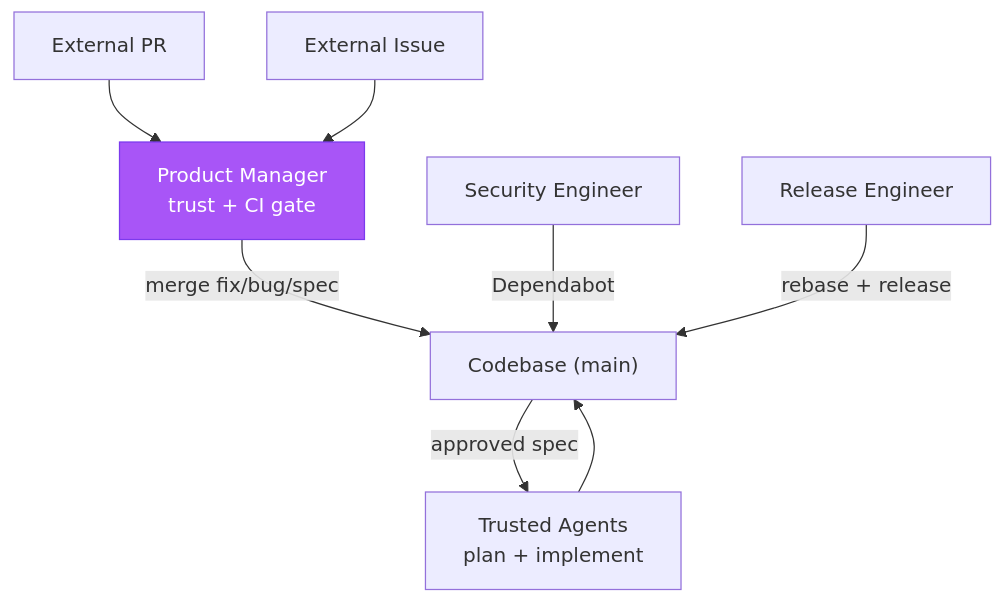
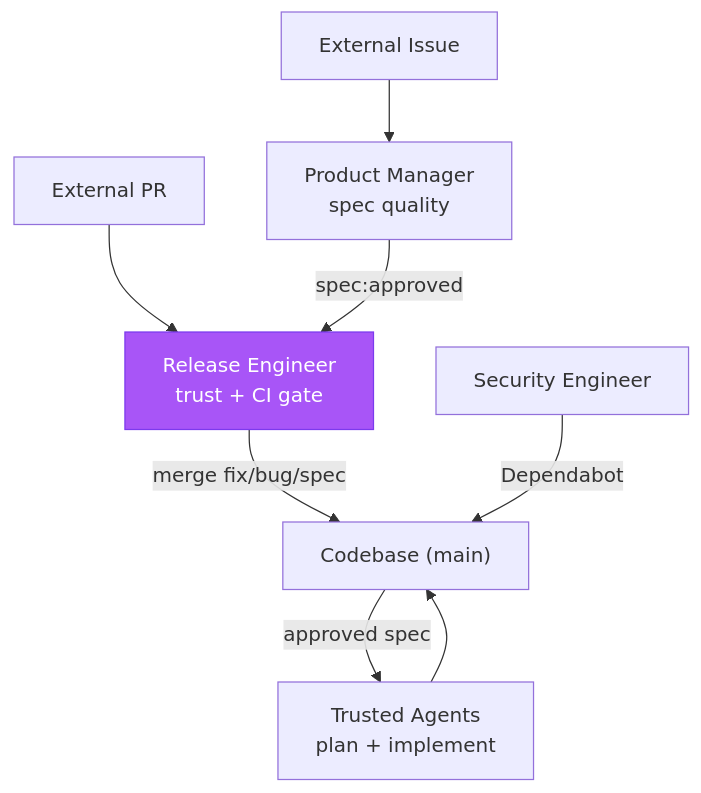
One commit to forwardimpact/pathway changed the third of 3 diagrams in KATA.md. Above: the diagram before and after it, drawn with Mermaid. The commit also changed other lines of this file and 31 other files, not shown here.

````diff
--- a/KATA.md
+++ b/KATA.md
@@ -150,11 +152,11 @@
 ```mermaid
 graph TD
-    EXT["External PR"] --> PM["Product Manager<br/>trust + CI gate"]
-    ISS["External Issue"] --> PM
-    PM -- "merge fix/bug/spec" --> CB["Codebase (main)"]
-    style PM fill:#a855f7,stroke:#7c3aed,color:#fff
+    EXT["External PR"] --> RE["Release Engineer<br/>trust + CI gate"]
+    ISS["External Issue"] --> PM["Product Manager<br/>spec quality"]
+    PM -- "spec:approved" --> RE
+    RE -- "merge fix/bug/spec" --> CB["Codebase (main)"]
+    style RE fill:#a855f7,stroke:#7c3aed,color:#fff
     CB -- "approved spec" --> TA["Trusted Agents<br/>plan + implement"]
     TA --> CB
     SE["Security Engineer"] -- "Dependabot" --> CB
-    RE["Release Engineer"] -- "rebase + release" --> CB
 ```
````
